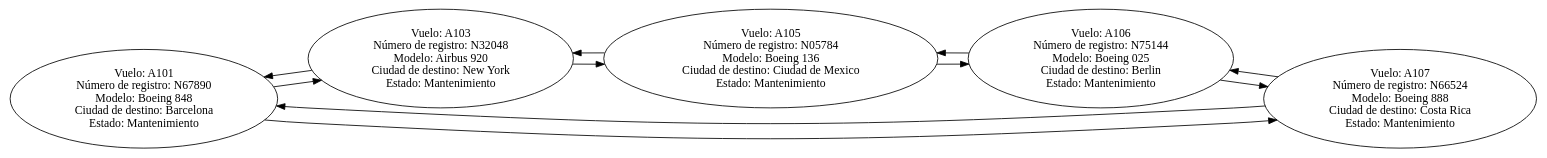
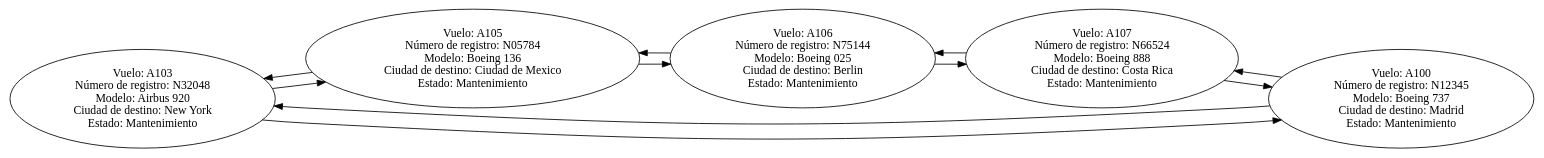
The diagram in listaCircularDoble.dot (sajche12/201904490_EDD_Proyecto), drawn with Graphviz before and after one commit. The commit also changed 18 other files, not shown here.

```diff
--- a/listaCircularDoble.dot
+++ b/listaCircularDoble.dot
@@ -1,43 +1,43 @@
 digraph G {
   rankdir = LR;
-  nodo0 [label="Vuelo: A101
-Número de registro: N67890
-Modelo: Boeing 848
-Ciudad de destino: Barcelona
-Estado: Mantenimiento
-"];
-  nodo1 [label="Vuelo: A103
+  nodo0 [label="Vuelo: A103
 Número de registro: N32048
 Modelo: Airbus 920
 Ciudad de destino: New York
 Estado: Mantenimiento
 "];
-  nodo2 [label="Vuelo: A105
+  nodo1 [label="Vuelo: A105
 Número de registro: N05784
 Modelo: Boeing 136
 Ciudad de destino: Ciudad de Mexico
 Estado: Mantenimiento
 "];
-  nodo3 [label="Vuelo: A106
+  nodo2 [label="Vuelo: A106
 Número de registro: N75144
 Modelo: Boeing 025
 Ciudad de destino: Berlin
 Estado: Mantenimiento
 "];
-  nodo4 [label="Vuelo: A107
+  nodo3 [label="Vuelo: A107
 Número de registro: N66524
 Modelo: Boeing 888
 Ciudad de destino: Costa Rica
+Estado: Mantenimiento
+"];
+  nodo4 [label="Vuelo: A100
+Número de registro: N12345
+Modelo: Boeing 737
+Ciudad de destino: Madrid
 Estado: Mantenimiento
 "];
   nodo0 -> nodo1;
   nodo1 -> nodo0;
   nodo1 -> nodo2;
   nodo2 -> nodo1;
   nodo2 -> nodo3;
   nodo3 -> nodo2;
   nodo3 -> nodo4;
   nodo4 -> nodo3;
   nodo4 -> nodo0;
   nodo0 -> nodo4;
 }
```
